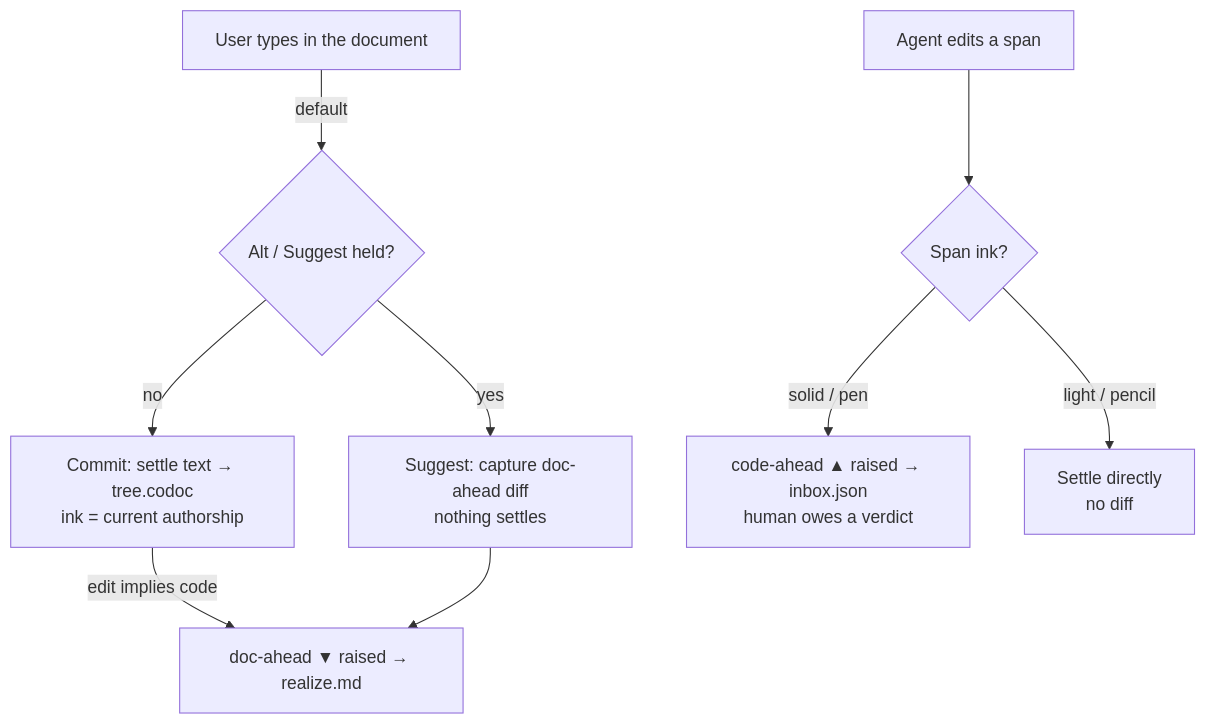
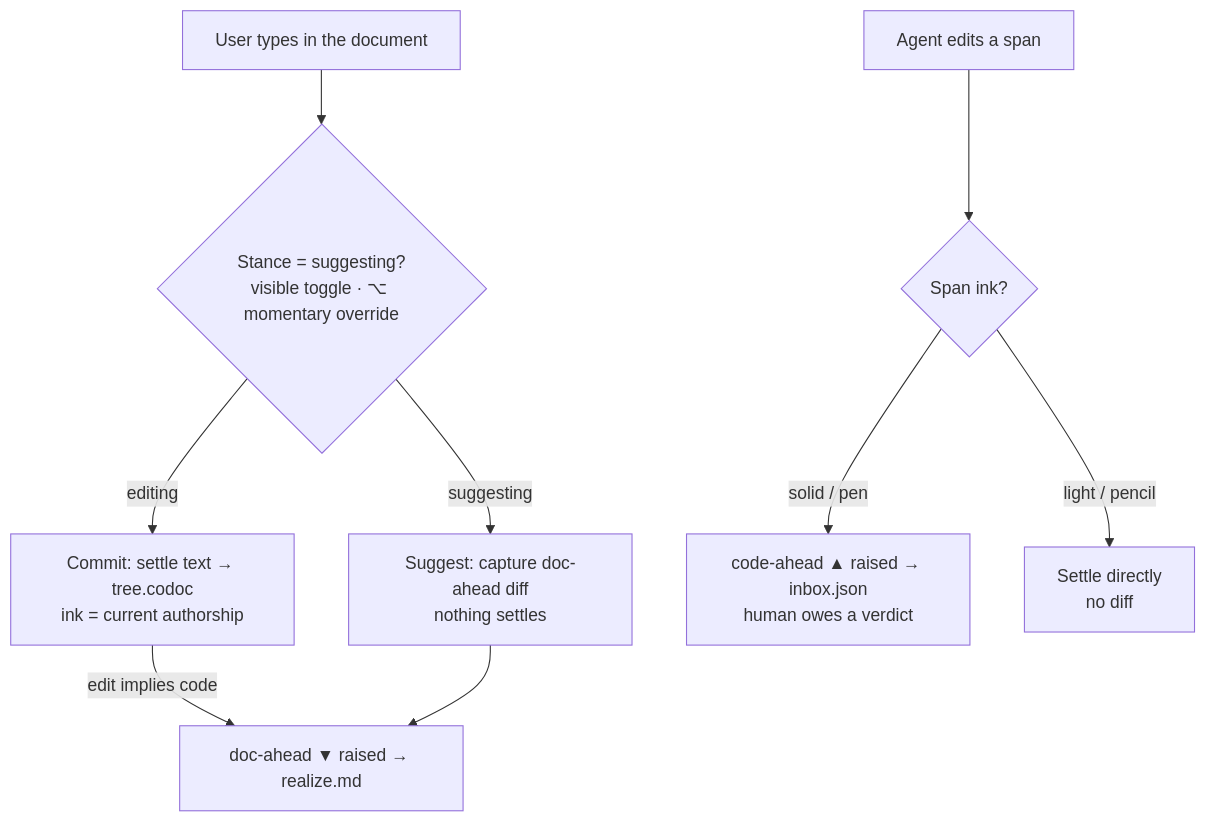
The first of 2 diagrams in docs/plans/2026-06-09-001-feat-codoc-collaborative-doc-ux-redesign-plan.md (ryanyen2/CodeNav), drawn with Mermaid before and after one commit. The commit also changed other lines of this file, not shown here.

First line of the commit message:
docs(codoc): UX redesign plan — review-hardened, decisions resolved

````diff
--- a/docs/plans/2026-06-09-001-feat-codoc-collaborative-doc-ux-redesign-plan.md
+++ b/docs/plans/2026-06-09-001-feat-codoc-collaborative-doc-ux-redesign-plan.md
@@ -253,12 +266,12 @@
 ```mermaid
 flowchart TD
-  W[User types in the document] -->|default| C{Alt / Suggest held?}
-  C -->|no| COMMIT[Commit: settle text → tree.codoc<br/>ink = current authorship]
-  C -->|yes| SUG[Suggest: capture doc-ahead diff<br/>nothing settles]
+  W[User types in the document] --> C{Stance = suggesting?<br/>visible toggle · ⌥ momentary override}
+  C -->|editing| COMMIT[Commit: settle text → tree.codoc<br/>ink = current authorship]
+  C -->|suggesting| SUG[Suggest: capture doc-ahead diff<br/>nothing settles]
   COMMIT -->|edit implies code| DA[doc-ahead ▼ raised → realize.md]
   SUG --> DA
 
   A[Agent edits a span] --> INK{Span ink?}
   INK -->|solid / pen| CA[code-ahead ▲ raised → inbox.json<br/>human owes a verdict]
   INK -->|light / pencil| SETTLE[Settle directly<br/>no diff]
 ```
````
